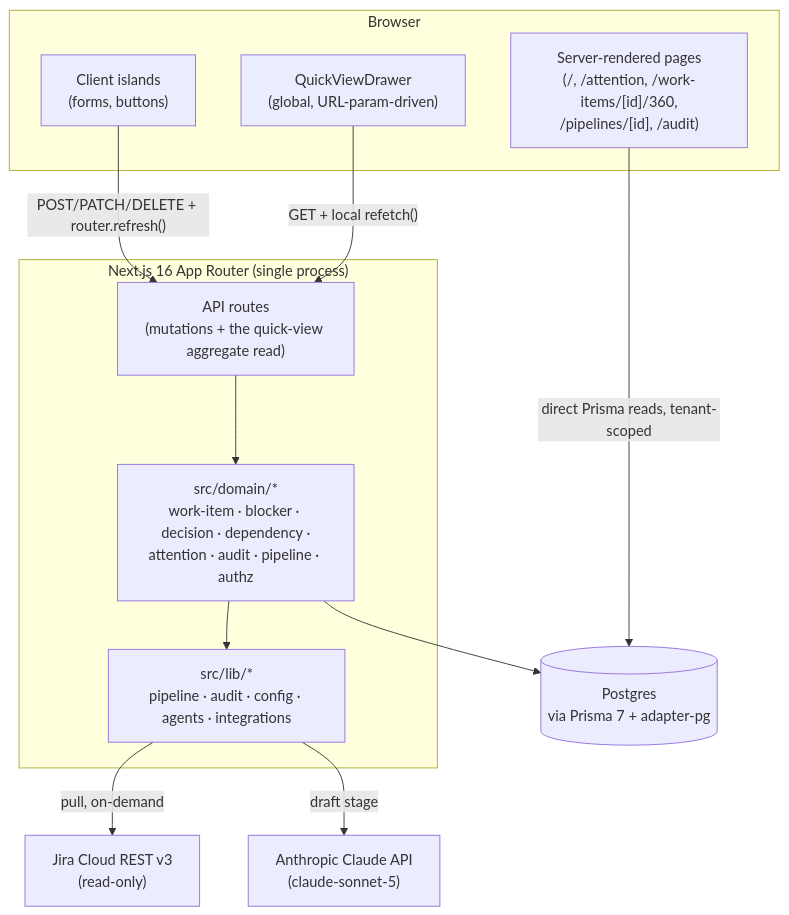
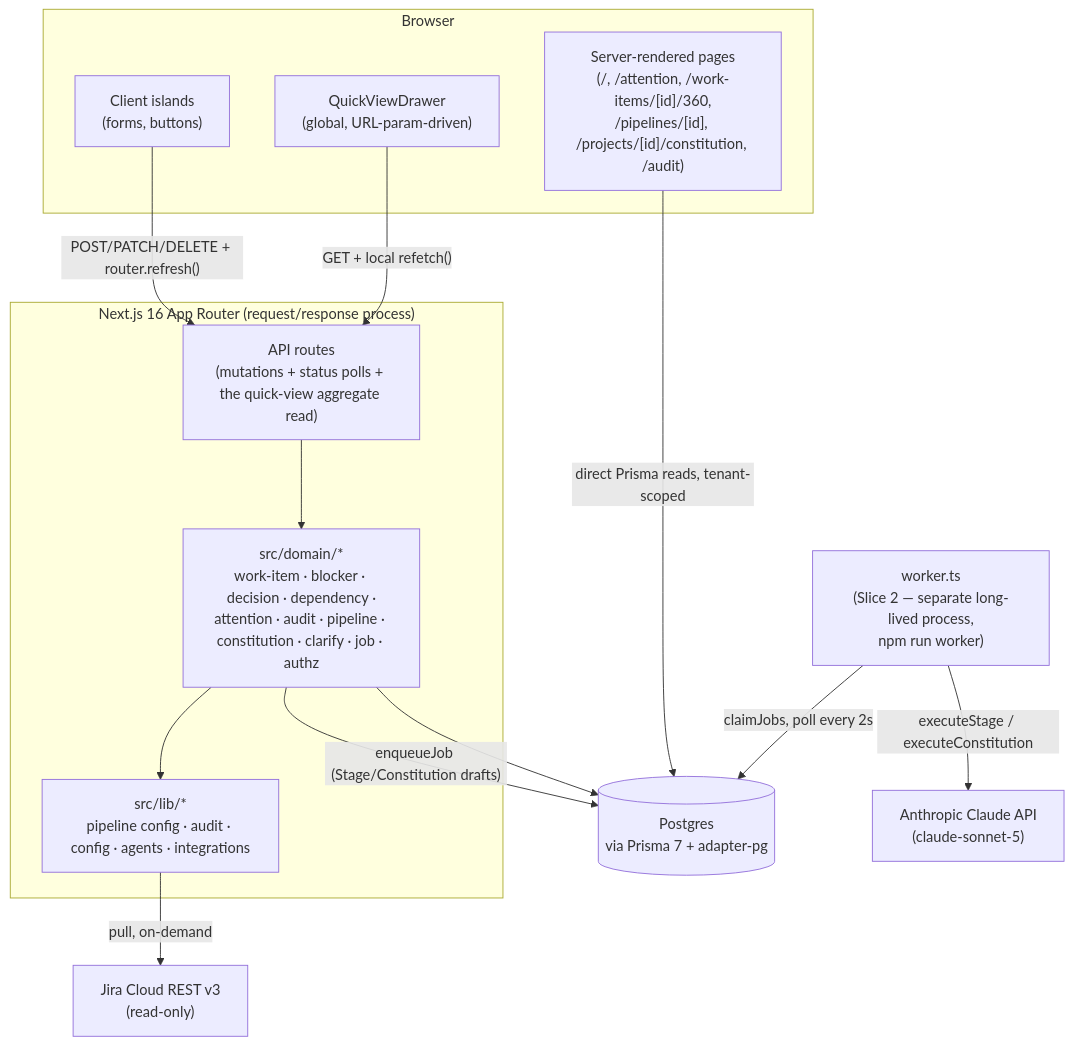
Before and after one commit to levavishay1-sketch/delivery-control-center: the sixth of 6 diagrams in docs/PRODUCT_SPEC.md, drawn with Mermaid. The commit also changed other lines of this file and 19 other files, not shown here.

````diff
--- a/docs/PRODUCT_SPEC.md
+++ b/docs/PRODUCT_SPEC.md
@@ -666,25 +948,28 @@
 ```mermaid
 flowchart TB
     subgraph Client["Browser"]
-        SC["Server-rendered pages<br/>(/, /attention, /work-items/[id]/360,<br/>/pipelines/[id], /audit)"]
+        SC["Server-rendered pages<br/>(/, /attention, /work-items/[id]/360,<br/>/pipelines/[id], /projects/[id]/constitution, /audit)"]
         CI["Client islands<br/>(forms, buttons)"]
         QV["QuickViewDrawer<br/>(global, URL-param-driven)"]
     end
-    subgraph App["Next.js 16 App Router (single process)"]
-        Routes["API routes<br/>(mutations + the quick-view aggregate read)"]
-        Domain["src/domain/*<br/>work-item · blocker · decision · dependency ·<br/>attention · audit · pipeline · authz"]
-        Lib["src/lib/*<br/>pipeline · audit · config · agents · integrations"]
+    subgraph App["Next.js 16 App Router (request/response process)"]
+        Routes["API routes<br/>(mutations + status polls + the quick-view aggregate read)"]
+        Domain["src/domain/*<br/>work-item · blocker · decision · dependency ·<br/>attention · audit · pipeline · constitution · clarify · job · authz"]
+        Lib["src/lib/*<br/>pipeline config · audit · config · agents · integrations"]
     end
+    Worker["worker.ts<br/>(Slice 2 — separate long-lived process,<br/>npm run worker)"]
     DB[("Postgres<br/>via Prisma 7 + adapter-pg")]
     Jira["Jira Cloud REST v3<br/>(read-only)"]
     Claude["Anthropic Claude API<br/>(claude-sonnet-5)"]
 
     SC -- "direct Prisma reads, tenant-scoped" --> DB
     CI -- "POST/PATCH/DELETE + router.refresh()" --> Routes
     QV -- "GET + local refetch()" --> Routes
     Routes --> Domain
     Domain --> Lib
+    Domain -- "enqueueJob (Stage/Constitution drafts)" --> DB
     Domain --> DB
     Lib -- "pull, on-demand" --> Jira
-    Lib -- "draft stage" --> Claude
+    Worker -- "claimJobs, poll every 2s" --> DB
+    Worker -- "executeStage / executeConstitution" --> Claude
 ```
````
